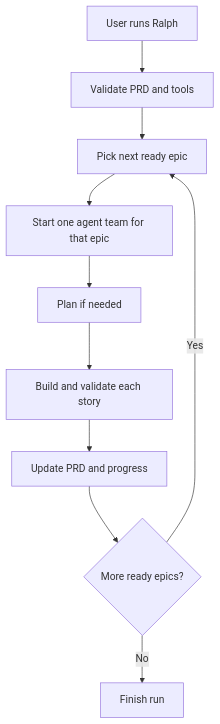
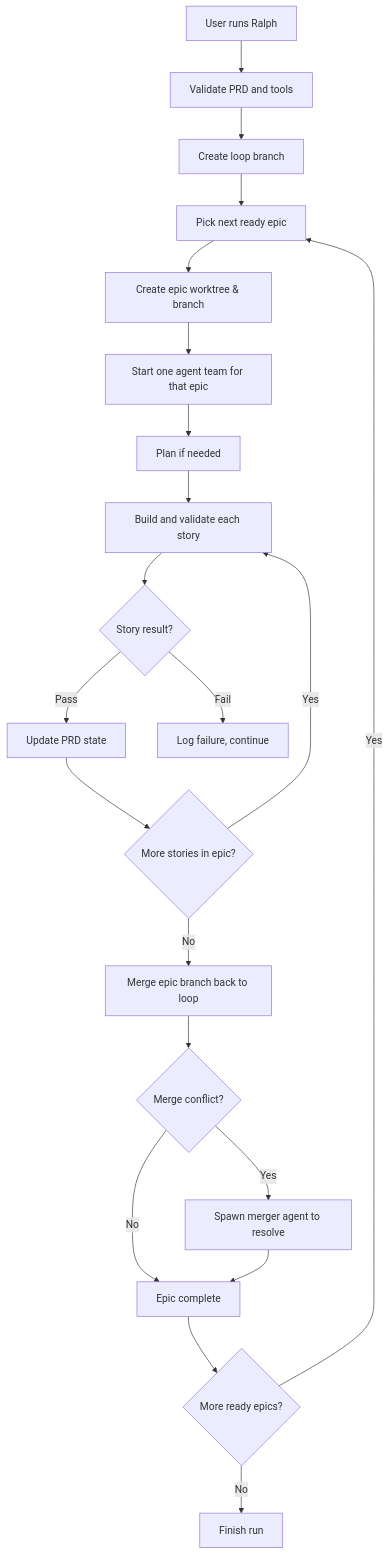
Before and after one commit to tuansondinh/ralph-teams: the diagram in README.md, drawn with Mermaid. The commit also changed other lines of this file and 6 other files, not shown here.

````diff
--- a/README.md
+++ b/README.md
@@ -24,12 +24,23 @@
 ```mermaid
 flowchart TB
     A[User runs Ralph] --> B[Validate PRD and tools]
-    B --> C[Pick next ready epic]
-    C --> D[Start one agent team for that epic]
-    D --> E[Plan if needed]
-    E --> F[Build and validate each story]
-    F --> G[Update PRD and progress]
-    G --> H{More ready epics?}
-    H -->|Yes| C
-    H -->|No| I[Finish run]
+    B --> C[Create loop branch]
+    C --> D[Pick next ready epic]
+    D --> E[Create epic worktree & branch]
+    E --> F[Start one agent team for that epic]
+    F --> G[Plan if needed]
+    G --> H[Build and validate each story]
+    H --> I{Story result?}
+    I -->|Pass| J[Update PRD state]
+    I -->|Fail| K[Log failure, continue]
+    J --> L{More stories in epic?}
+    L -->|Yes| H
+    L -->|No| M[Merge epic branch back to loop]
+    M --> N{Merge conflict?}
+    N -->|Yes| O[Spawn merger agent to resolve]
+    N -->|No| P[Epic complete]
+    O --> P
+    P --> Q{More ready epics?}
+    Q -->|Yes| D
+    Q -->|No| R[Finish run]
 ```
````
